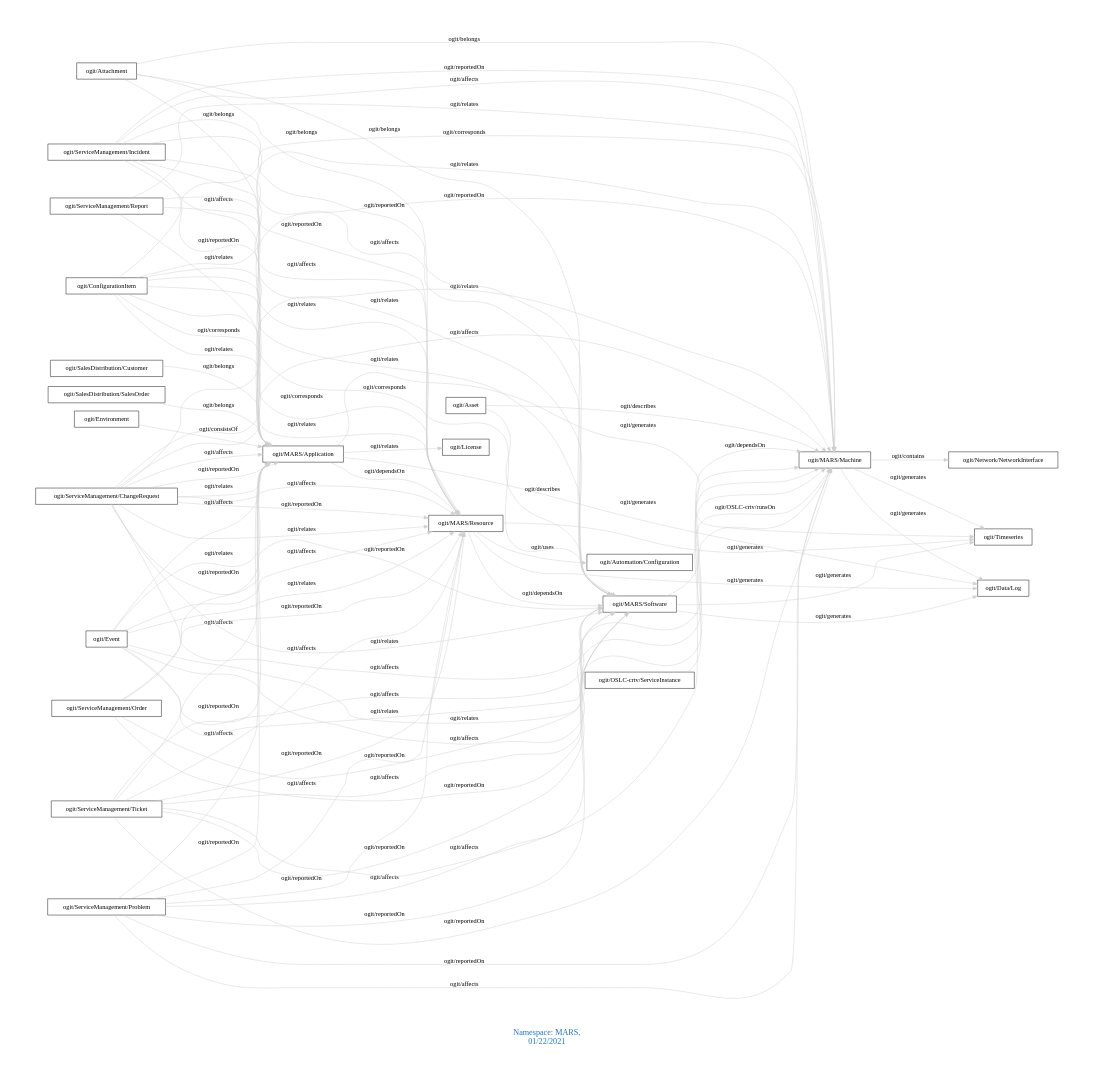
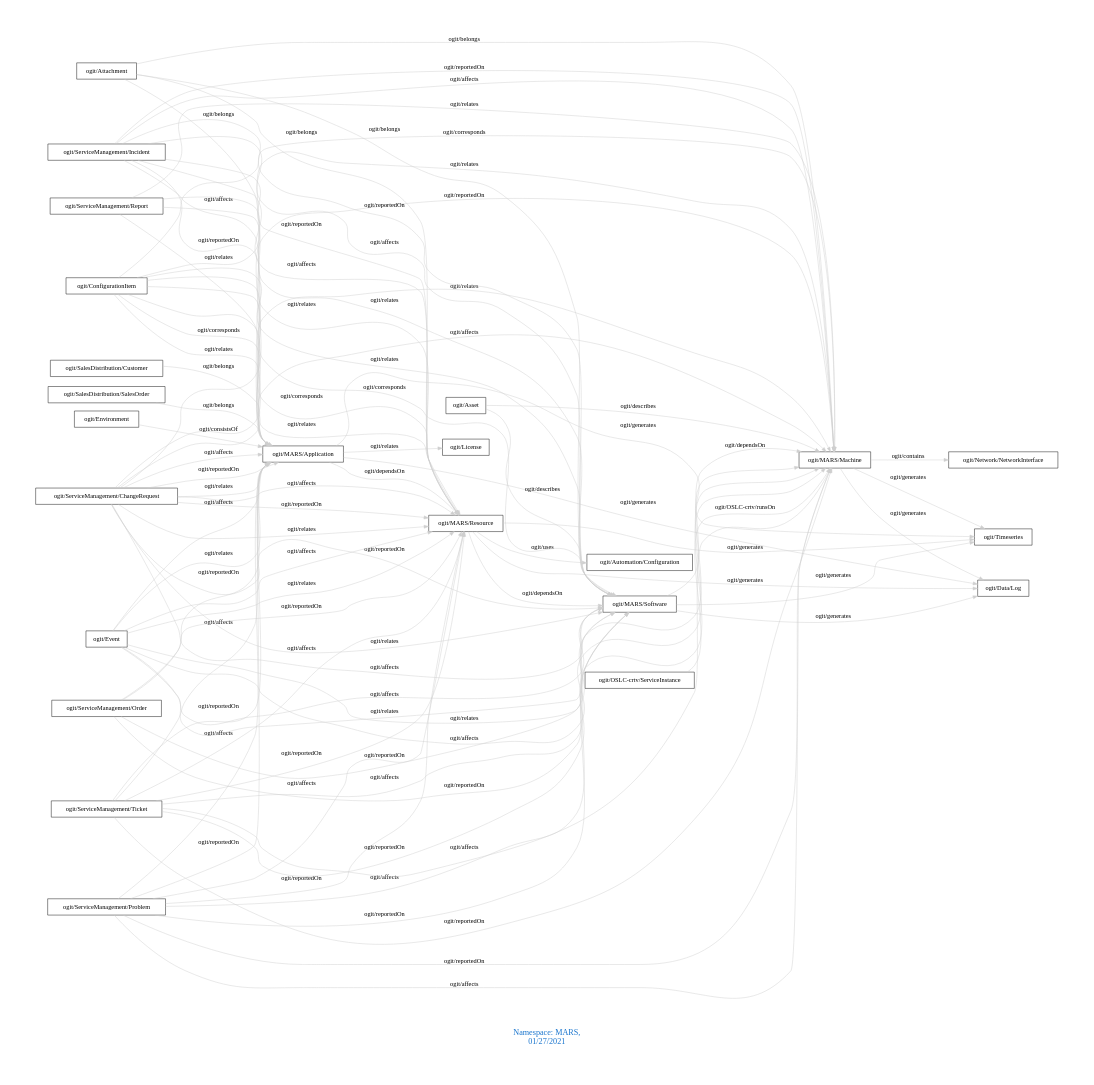
Before and after one commit to arago/OGIT: the diagram in downloads/MARS.dot, drawn with Graphviz. The commit also changed 1838 other files, not shown here.

```diff
--- a/downloads/MARS.dot
+++ b/downloads/MARS.dot
@@ -1,92 +1,92 @@
 digraph OGIT_ontology {
  graph [ rankdir= LR,pad=1 
 fontsize = 18,
-fontcolor= dodgerblue3,label = "\n\n\nNamespace: MARS, \n 01/22/2021"];
+fontcolor= dodgerblue3,label = "\n\n\nNamespace: MARS, \n 01/27/2021"];
 node[shape=polygon];
 edge [  color="gray81"];
 
    "ogit/MARS/Machine" -> "ogit/Network/NetworkInterface" [label="   ogit/contains    "];
    "ogit/MARS/Application" -> "ogit/Data/Log" [label="   ogit/generates    "];
    "ogit/MARS/Application" -> "ogit/Timeseries" [label="   ogit/generates    "];
    "ogit/MARS/Machine" -> "ogit/Data/Log" [label="   ogit/generates    "];
    "ogit/MARS/Machine" -> "ogit/Timeseries" [label="   ogit/generates    "];
    "ogit/MARS/Resource" -> "ogit/Data/Log" [label="   ogit/generates    "];
    "ogit/MARS/Resource" -> "ogit/Timeseries" [label="   ogit/generates    "];
    "ogit/MARS/Software" -> "ogit/Data/Log" [label="   ogit/generates    "];
    "ogit/MARS/Software" -> "ogit/Timeseries" [label="   ogit/generates    "];
    "ogit/Asset" -> "ogit/MARS/Software" [label="   ogit/describes    "];
    "ogit/Asset" -> "ogit/MARS/Machine" [label="   ogit/describes    "];
    "ogit/ConfigurationItem" -> "ogit/MARS/Application" [label="   ogit/corresponds    "];
    "ogit/ConfigurationItem" -> "ogit/MARS/Resource" [label="   ogit/corresponds    "];
    "ogit/ConfigurationItem" -> "ogit/MARS/Software" [label="   ogit/corresponds    "];
    "ogit/ConfigurationItem" -> "ogit/MARS/Machine" [label="   ogit/corresponds    "];
    "ogit/ServiceManagement/ChangeRequest" -> "ogit/MARS/Application" [label="   ogit/affects    "];
    "ogit/ServiceManagement/ChangeRequest" -> "ogit/MARS/Resource" [label="   ogit/affects    "];
    "ogit/ServiceManagement/ChangeRequest" -> "ogit/MARS/Software" [label="   ogit/affects    "];
    "ogit/ServiceManagement/ChangeRequest" -> "ogit/MARS/Machine" [label="   ogit/affects    "];
    "ogit/ServiceManagement/Incident" -> "ogit/MARS/Application" [label="   ogit/affects    "];
    "ogit/ServiceManagement/Incident" -> "ogit/MARS/Resource" [label="   ogit/affects    "];
    "ogit/ServiceManagement/Incident" -> "ogit/MARS/Software" [label="   ogit/affects    "];
    "ogit/ServiceManagement/Incident" -> "ogit/MARS/Machine" [label="   ogit/affects    "];
    "ogit/ServiceManagement/Problem" -> "ogit/MARS/Application" [label="   ogit/affects    "];
    "ogit/ServiceManagement/Problem" -> "ogit/MARS/Resource" [label="   ogit/affects    "];
    "ogit/ServiceManagement/Problem" -> "ogit/MARS/Software" [label="   ogit/affects    "];
    "ogit/ServiceManagement/Problem" -> "ogit/MARS/Machine" [label="   ogit/affects    "];
    "ogit/ServiceManagement/Ticket" -> "ogit/MARS/Application" [label="   ogit/affects    "];
    "ogit/ServiceManagement/Ticket" -> "ogit/MARS/Resource" [label="   ogit/affects    "];
    "ogit/ServiceManagement/Ticket" -> "ogit/MARS/Software" [label="   ogit/affects    "];
    "ogit/ServiceManagement/Ticket" -> "ogit/MARS/Machine" [label="   ogit/affects    "];
    "ogit/Event" -> "ogit/MARS/Application" [label="   ogit/affects    "];
    "ogit/Event" -> "ogit/MARS/Resource" [label="   ogit/affects    "];
    "ogit/Event" -> "ogit/MARS/Software" [label="   ogit/affects    "];
    "ogit/Event" -> "ogit/MARS/Machine" [label="   ogit/affects    "];
    "ogit/OSLC-crtv/ServiceInstance" -> "ogit/MARS/Machine" [label="   ogit/OSLC-crtv/runsOn    "];
    "ogit/MARS/Application" -> "ogit/MARS/Resource" [label="   ogit/dependsOn    "];
    "ogit/MARS/Resource" -> "ogit/MARS/Software" [label="   ogit/dependsOn    "];
    "ogit/MARS/Software" -> "ogit/MARS/Machine" [label="   ogit/dependsOn    "];
    "ogit/SalesDistribution/Customer" -> "ogit/MARS/Application" [label="   ogit/belongs    "];
    "ogit/SalesDistribution/SalesOrder" -> "ogit/MARS/Application" [label="   ogit/belongs    "];
    "ogit/Attachment" -> "ogit/MARS/Machine" [label="   ogit/belongs    "];
    "ogit/Attachment" -> "ogit/MARS/Software" [label="   ogit/belongs    "];
    "ogit/Attachment" -> "ogit/MARS/Resource" [label="   ogit/belongs    "];
    "ogit/Attachment" -> "ogit/MARS/Application" [label="   ogit/belongs    "];
    "ogit/MARS/Resource" -> "ogit/Automation/Configuration" [label="   ogit/uses    "];
    "ogit/ServiceManagement/ChangeRequest" -> "ogit/MARS/Machine" [label="   ogit/reportedOn    "];
    "ogit/ServiceManagement/ChangeRequest" -> "ogit/MARS/Software" [label="   ogit/reportedOn    "];
    "ogit/ServiceManagement/ChangeRequest" -> "ogit/MARS/Resource" [label="   ogit/reportedOn    "];
    "ogit/ServiceManagement/ChangeRequest" -> "ogit/MARS/Application" [label="   ogit/reportedOn    "];
    "ogit/ServiceManagement/Incident" -> "ogit/MARS/Machine" [label="   ogit/reportedOn    "];
    "ogit/ServiceManagement/Incident" -> "ogit/MARS/Software" [label="   ogit/reportedOn    "];
    "ogit/ServiceManagement/Incident" -> "ogit/MARS/Resource" [label="   ogit/reportedOn    "];
    "ogit/ServiceManagement/Incident" -> "ogit/MARS/Application" [label="   ogit/reportedOn    "];
    "ogit/ServiceManagement/Order" -> "ogit/MARS/Machine" [label="   ogit/reportedOn    "];
    "ogit/ServiceManagement/Order" -> "ogit/MARS/Software" [label="   ogit/reportedOn    "];
    "ogit/ServiceManagement/Order" -> "ogit/MARS/Resource" [label="   ogit/reportedOn    "];
    "ogit/ServiceManagement/Order" -> "ogit/MARS/Application" [label="   ogit/reportedOn    "];
    "ogit/ServiceManagement/Problem" -> "ogit/MARS/Machine" [label="   ogit/reportedOn    "];
    "ogit/ServiceManagement/Problem" -> "ogit/MARS/Software" [label="   ogit/reportedOn    "];
    "ogit/ServiceManagement/Problem" -> "ogit/MARS/Resource" [label="   ogit/reportedOn    "];
    "ogit/ServiceManagement/Problem" -> "ogit/MARS/Application" [label="   ogit/reportedOn    "];
    "ogit/ServiceManagement/Ticket" -> "ogit/MARS/Machine" [label="   ogit/reportedOn    "];
    "ogit/ServiceManagement/Ticket" -> "ogit/MARS/Software" [label="   ogit/reportedOn    "];
    "ogit/ServiceManagement/Ticket" -> "ogit/MARS/Resource" [label="   ogit/reportedOn    "];
    "ogit/ServiceManagement/Ticket" -> "ogit/MARS/Application" [label="   ogit/reportedOn    "];
    "ogit/Environment" -> "ogit/MARS/Application" [label="   ogit/consistsOf    "];
    "ogit/MARS/Application" -> "ogit/License" [label="   ogit/relates    "];
    "ogit/ServiceManagement/ChangeRequest" -> "ogit/MARS/Machine" [label="   ogit/relates    "];
    "ogit/ServiceManagement/ChangeRequest" -> "ogit/MARS/Software" [label="   ogit/relates    "];
    "ogit/ServiceManagement/ChangeRequest" -> "ogit/MARS/Resource" [label="   ogit/relates    "];
    "ogit/ServiceManagement/ChangeRequest" -> "ogit/MARS/Application" [label="   ogit/relates    "];
    "ogit/ServiceManagement/Report" -> "ogit/MARS/Machine" [label="   ogit/relates    "];
    "ogit/ServiceManagement/Report" -> "ogit/MARS/Software" [label="   ogit/relates    "];
    "ogit/ServiceManagement/Report" -> "ogit/MARS/Resource" [label="   ogit/relates    "];
    "ogit/ServiceManagement/Report" -> "ogit/MARS/Application" [label="   ogit/relates    "];
    "ogit/ConfigurationItem" -> "ogit/MARS/Machine" [label="   ogit/relates    "];
    "ogit/ConfigurationItem" -> "ogit/MARS/Software" [label="   ogit/relates    "];
    "ogit/ConfigurationItem" -> "ogit/MARS/Resource" [label="   ogit/relates    "];
    "ogit/ConfigurationItem" -> "ogit/MARS/Application" [label="   ogit/relates    "];
    "ogit/Event" -> "ogit/MARS/Machine" [label="   ogit/relates    "];
    "ogit/Event" -> "ogit/MARS/Software" [label="   ogit/relates    "];
    "ogit/Event" -> "ogit/MARS/Resource" [label="   ogit/relates    "];
    "ogit/Event" -> "ogit/MARS/Application" [label="   ogit/relates    "];
 }
```
